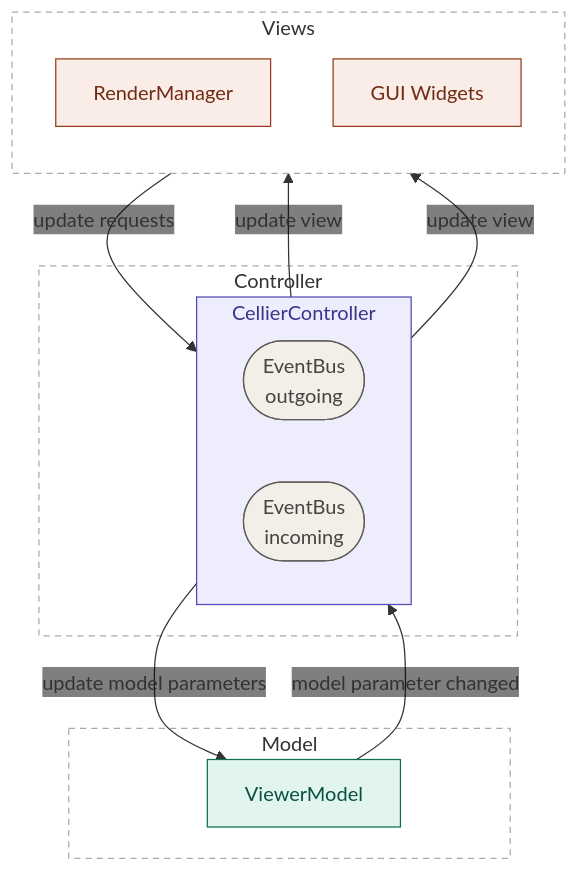
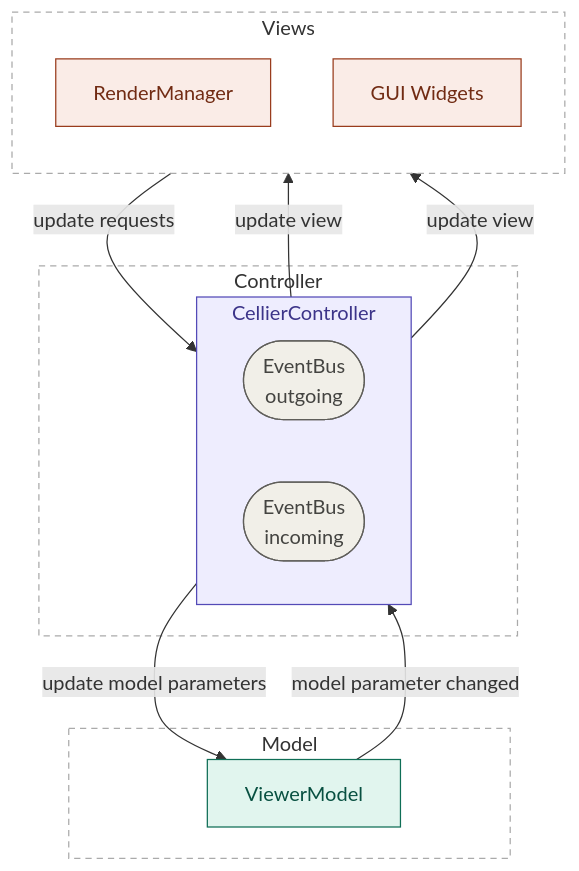
Before and after one commit to kevinyamauchi/cellier: the diagram in docs/Explanations/architecture.md, drawn with Mermaid. The commit also changed 2 other files, not shown here.

Commit message:
update diagrams

````diff
--- a/docs/Explanations/architecture.md
+++ b/docs/Explanations/architecture.md
@@ -17,40 +17,39 @@
 ```mermaid
-%%{init: {'themeVariables': {'edgeLabelBackground': 'transparent'}}}%%
 flowchart TB
     subgraph MODEL["Model"]
         VM["ViewerModel"]
     end
 
     subgraph CONTROLLER["Controller"]
         subgraph CC["CellierController"]
             direction LR
             OB(["EventBus<br/>outgoing"])
             IB(["EventBus<br/>incoming"])
         end
     end
 
     subgraph VIEWS["Views"]
     	direction TB
         RM["RenderManager"]
         GW["GUI Widgets"]
     end
 
     VM -- "model parameter changed"  --> OB
     IB -- "update model parameters"  --> VM
     OB -- "update view"              --> RM
     OB -- "update view"              --> GW
     GW -- "update requests"          --> IB
 
     classDef tealNode  fill:#E1F5EE,stroke:#0F6E56,color:#085041
     classDef grayNode  fill:#F1EFE8,stroke:#5F5E5A,color:#444441
     classDef coralNode fill:#FAECE7,stroke:#993C1D,color:#712B13
 
     class VM tealNode
     class OB,IB grayNode
     class RM,GW coralNode
 
     style MODEL      fill:none,stroke:#aaa,stroke-dasharray:5 4
     style CONTROLLER fill:none,stroke:#aaa,stroke-dasharray:5 4
     style CC         fill:#EEEDFE,stroke:#534AB7,color:#3C3489
     style VIEWS      fill:none,stroke:#aaa,stroke-dasharray:5 4
 ```
````
